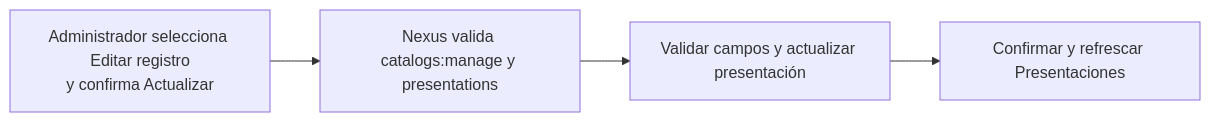
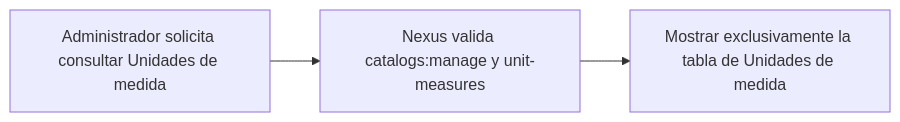
One commit to gpgsistemas01/nexus changed the diagram in docs/requirements/diagrams/catalogs/cu-cat-18.md. Above: the diagram before and after it, drawn with Mermaid. The commit also changed other lines of this file and 167 other files, not shown here.

````diff
--- a/docs/requirements/diagrams/catalogs/cu-cat-18.md
+++ b/docs/requirements/diagrams/catalogs/cu-cat-18.md
@@ -3,6 +3,5 @@
 ```mermaid
 flowchart LR
-    request["Administrador selecciona Editar registro<br/>y confirma Actualizar"] --> authorize["Nexus valida catalogs:manage y presentations"]
-    authorize --> persist["Validar campos y actualizar presentación"]
-    persist --> result["Confirmar y refrescar Presentaciones"]
+    request["Administrador solicita consultar Unidades de medida"] --> authorize["Nexus valida catalogs:manage y unit-measures"]
+    authorize --> result["Mostrar exclusivamente la tabla de Unidades de medida"]
 ```
````
